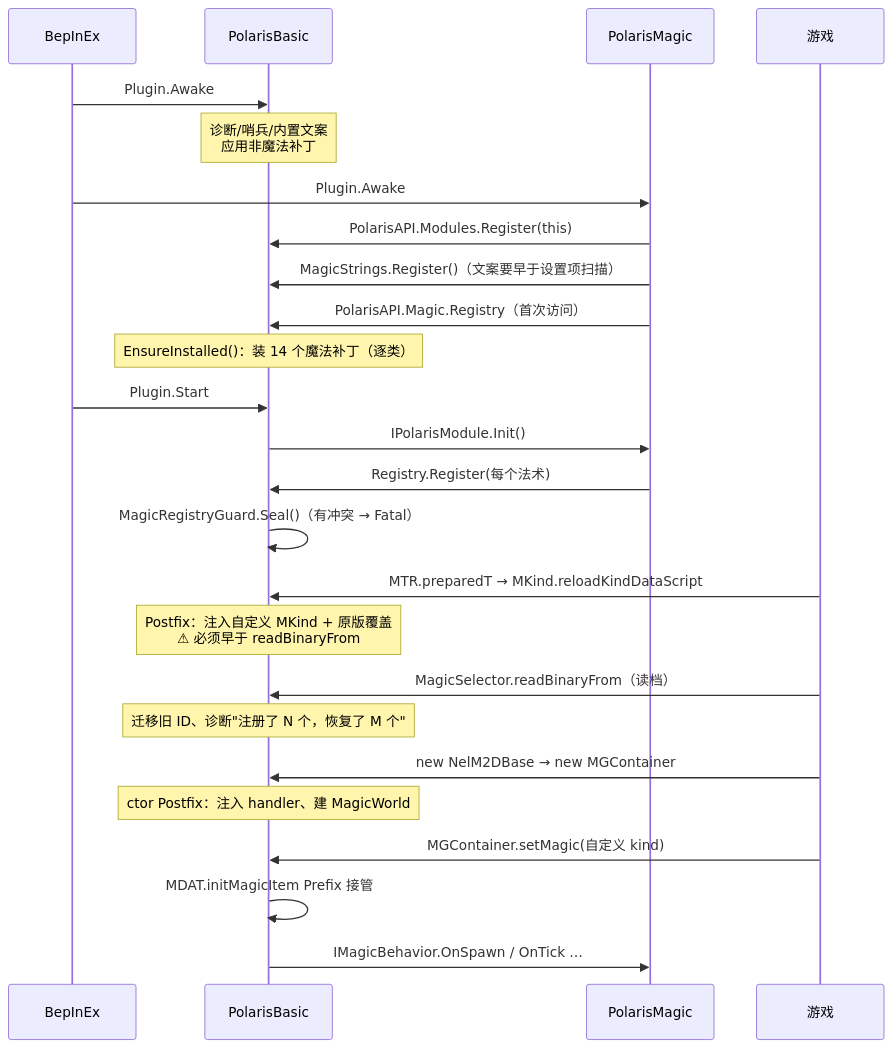
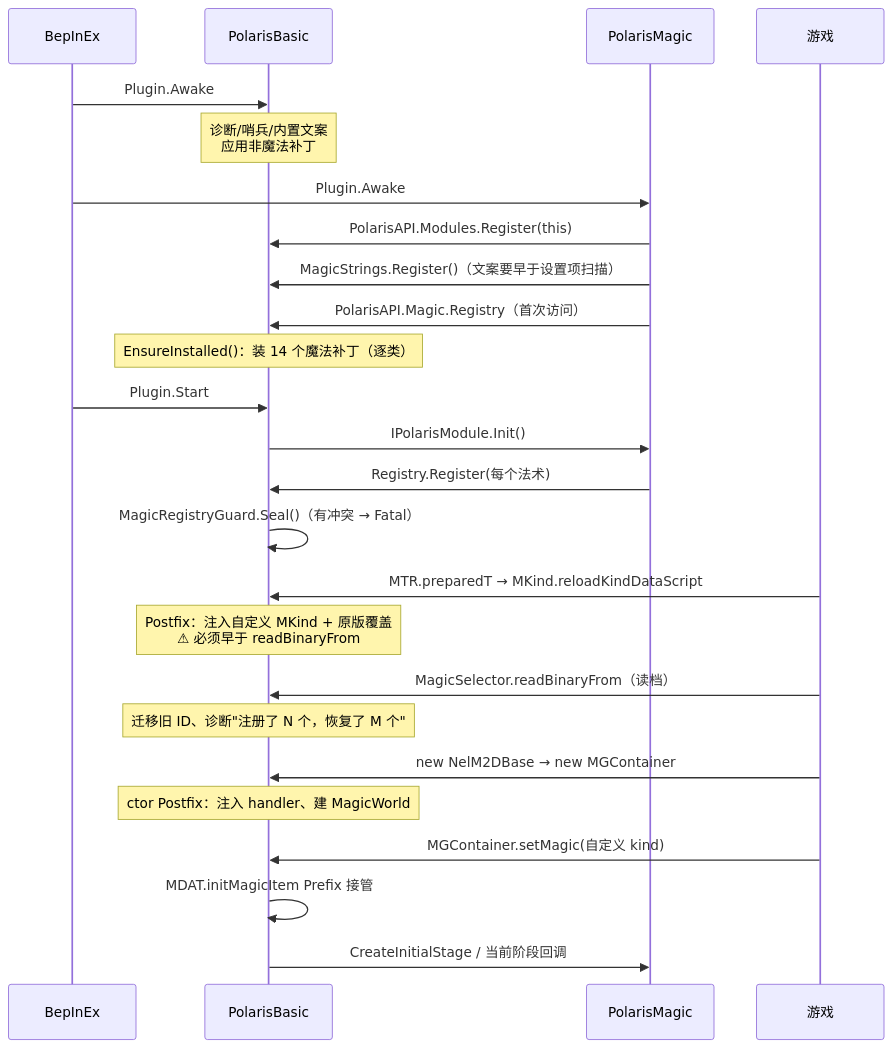
The second of 2 diagrams in doc/design/PolarisMagic-实现方案.md (New-Cradle-of-Stella/PolarisMagic), drawn with Mermaid before and after one commit. The commit also changed other lines of this file and 6 other files, not shown here.

First line of the commit message:
drop the node graph design and settle on code-behind stages

````diff
--- a/doc/design/PolarisMagic-实现方案.md
+++ b/doc/design/PolarisMagic-实现方案.md
@@ -662,28 +636,28 @@
 ```mermaid
 sequenceDiagram
     participant BIE as BepInEx
     participant Basic as PolarisBasic
     participant Magic as PolarisMagic
     participant Game as 游戏
 
     BIE->>Basic: Plugin.Awake
     Note over Basic: 诊断/哨兵/内置文案<br/>应用非魔法补丁
     BIE->>Magic: Plugin.Awake
     Magic->>Basic: PolarisAPI.Modules.Register(this)
     Magic->>Basic: MagicStrings.Register()（文案要早于设置项扫描）
     Magic->>Basic: PolarisAPI.Magic.Registry（首次访问）
     Note over Basic: EnsureInstalled()：装 14 个魔法补丁（逐类）
     BIE->>Basic: Plugin.Start
     Basic->>Magic: IPolarisModule.Init()
     Magic->>Basic: Registry.Register(每个法术)
     Basic->>Basic: MagicRegistryGuard.Seal()（有冲突 → Fatal）
     Game->>Basic: MTR.preparedT → MKind.reloadKindDataScript
     Note over Basic: Postfix：注入自定义 MKind + 原版覆盖<br/>⚠ 必须早于 readBinaryFrom
     Game->>Basic: MagicSelector.readBinaryFrom（读档）
     Note over Basic: 迁移旧 ID、诊断"注册了 N 个，恢复了 M 个"
     Game->>Basic: new NelM2DBase → new MGContainer
     Note over Basic: ctor Postfix：注入 handler、建 MagicWorld
     Game->>Basic: MGContainer.setMagic(自定义 kind)
     Basic->>Basic: MDAT.initMagicItem Prefix 接管
-    Basic->>Magic: IMagicBehavior.OnSpawn / OnTick …
+    Basic->>Magic: CreateInitialStage / 当前阶段回调
 ```
````
